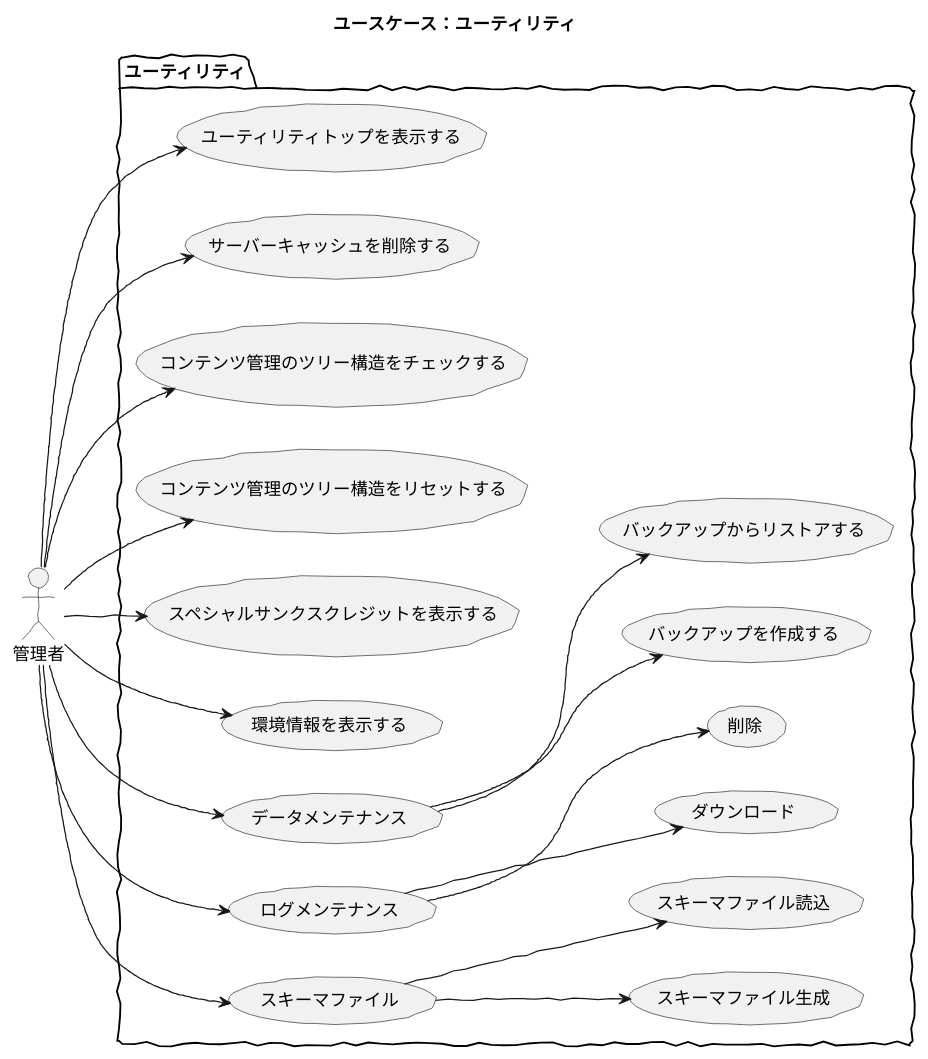
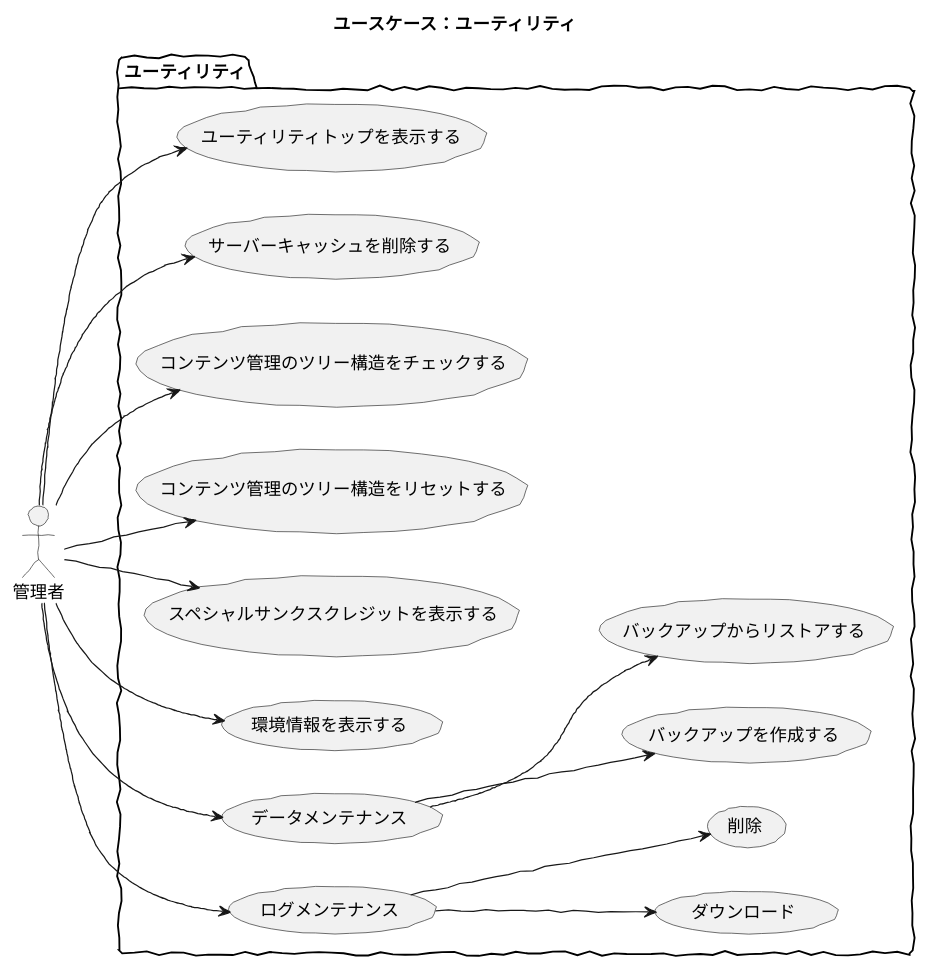
One commit to baserproject/baserproject.github.io changed the diagram in src/puml/5/ucmitz/svg/use_case/utilities.puml. Above: the diagram before and after it, drawn with PlantUML. The commit also changed 6 other files, not shown here.

```diff
--- a/src/puml/5/ucmitz/svg/use_case/utilities.puml
+++ b/src/puml/5/ucmitz/svg/use_case/utilities.puml
@@ -1,28 +1,25 @@
 @startuml
 skinparam handwritten true
 skinparam backgroundColor white
 
 title ユースケース：ユーティリティ
 
 actor 管理者
 
 package ユーティリティ {
 	left to right direction
 	管理者 --> (ユーティリティトップを表示する)
 	管理者 --> (サーバーキャッシュを削除する)
 	管理者 --> (コンテンツ管理のツリー構造をチェックする)
 	管理者 --> (コンテンツ管理のツリー構造をリセットする)
 	管理者 --> (スペシャルサンクスクレジットを表示する)
 	管理者 --> (環境情報を表示する)
 	管理者 --> (データメンテナンス)
 	(データメンテナンス) --> (バックアップを作成する)
 	(データメンテナンス) --> (バックアップからリストアする)
 	管理者 --> (ログメンテナンス)
 	(ログメンテナンス) --> (ダウンロード)
 	(ログメンテナンス) --> (削除)
-	管理者 --> (スキーマファイル)
-	(スキーマファイル) --> (スキーマファイル生成)
-	(スキーマファイル) --> (スキーマファイル読込)
 }
 
 @enduml
```
